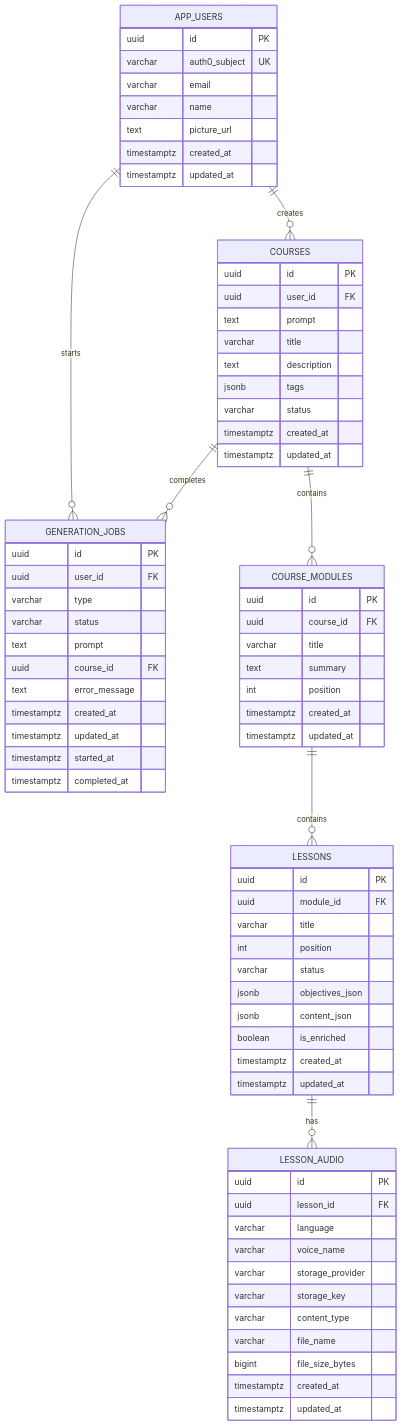
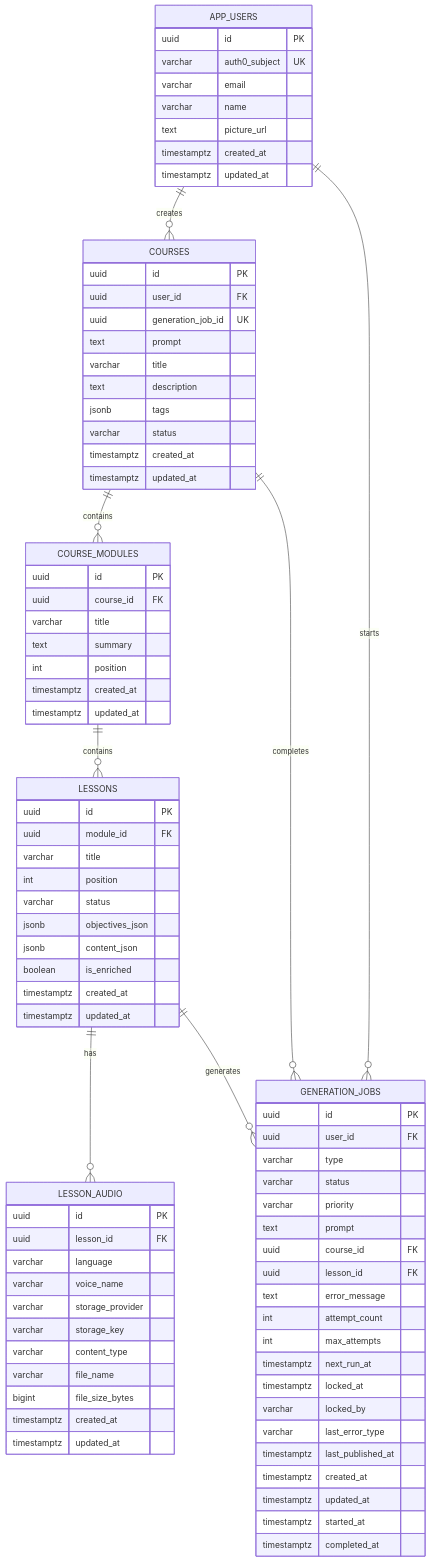
Before and after one commit to abhinav1karthik/Text-to-Learn-AI: the sixth of 8 diagrams in README.md, drawn with Mermaid. The commit also changed other lines of this file, not shown here.

Commit message:
Document final queue-backed architecture

```diff
--- a/README.md
+++ b/README.md
@@ -270,6 +295,7 @@
     COURSE_MODULES ||--o{ LESSONS : contains
     LESSONS ||--o{ LESSON_AUDIO : has
     COURSES ||--o{ GENERATION_JOBS : completes
+    LESSONS ||--o{ GENERATION_JOBS : generates
 
     APP_USERS {
         uuid id PK
@@ -284,6 +310,7 @@
     COURSES {
         uuid id PK
         uuid user_id FK
+        uuid generation_job_id UK
         text prompt
         varchar title
         text description
@@ -298,9 +325,18 @@
         uuid user_id FK
         varchar type
         varchar status
+        varchar priority
         text prompt
         uuid course_id FK
+        uuid lesson_id FK
         text error_message
+        int attempt_count
+        int max_attempts
+        timestamptz next_run_at
+        timestamptz locked_at
+        varchar locked_by
+        varchar last_error_type
+        timestamptz last_published_at
         timestamptz created_at
         timestamptz updated_at
         timestamptz started_at
```
